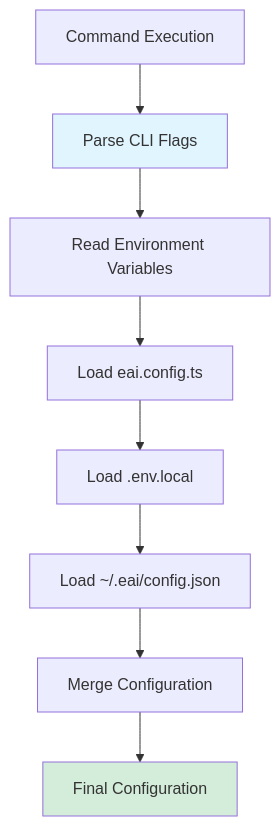
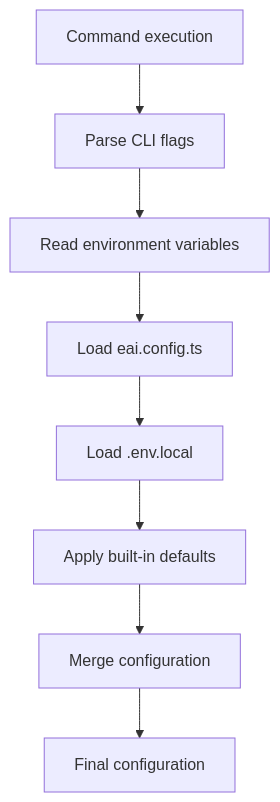
The diagram in .tech-docs/configuration.md (eai-support/eai), drawn with Mermaid before and after one commit. The commit also changed other lines of this file and 123 other files, not shown here.

````diff
--- a/.tech-docs/configuration.md
+++ b/.tech-docs/configuration.md
@@ -378,22 +220,19 @@
 ```mermaid
 flowchart TB
-    Start[Command Execution]
-    Flags[Parse CLI Flags]
-    EnvVars[Read Environment Variables]
+    Start[Command execution]
+    Flags[Parse CLI flags]
+    EnvVars[Read environment variables]
     EaiConfig[Load eai.config.ts]
     EnvLocal[Load .env.local]
-    GlobalConfig[Load ~/.eai/config.json]
-    Merge[Merge Configuration]
-    End[Final Configuration]
-    
+    Defaults[Apply built-in defaults]
+    Merge[Merge configuration]
+    End[Final configuration]
+
     Start --> Flags
     Flags --> EnvVars
     EnvVars --> EaiConfig
     EaiConfig --> EnvLocal
-    EnvLocal --> GlobalConfig
-    GlobalConfig --> Merge
+    EnvLocal --> Defaults
+    Defaults --> Merge
     Merge --> End
-    
-    style Flags fill:#e1f5ff
-    style End fill:#d4edda
 ```
````
